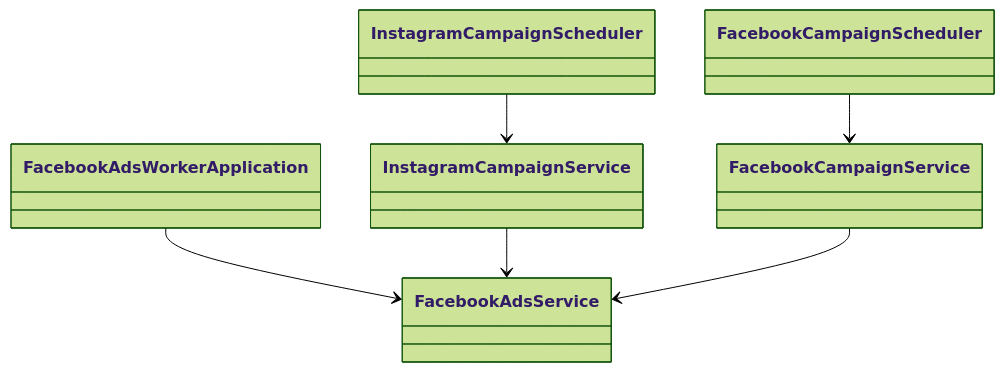
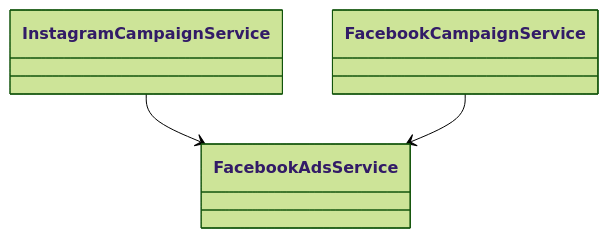
One commit to paulofor/marketing-hub changed the diagram in docs/facebook-ads-worker/class-diagram.md. Above: the diagram before and after it, drawn with Mermaid (forest theme). The commit also changed other lines of this file, not shown here.

Commit message:
docs: simplify facebook ads worker class diagram

````diff
--- a/docs/facebook-ads-worker/class-diagram.md
+++ b/docs/facebook-ads-worker/class-diagram.md
@@ -3,15 +5,9 @@
 ```mermaid
 classDiagram
-    class FacebookAdsWorkerApplication
     class FacebookAdsService
     class InstagramCampaignService
-    class InstagramCampaignScheduler
     class FacebookCampaignService
-    class FacebookCampaignScheduler
 
-    FacebookAdsWorkerApplication --> FacebookAdsService
     InstagramCampaignService --> FacebookAdsService
-    InstagramCampaignScheduler --> InstagramCampaignService
     FacebookCampaignService --> FacebookAdsService
-    FacebookCampaignScheduler --> FacebookCampaignService
 ```
````
